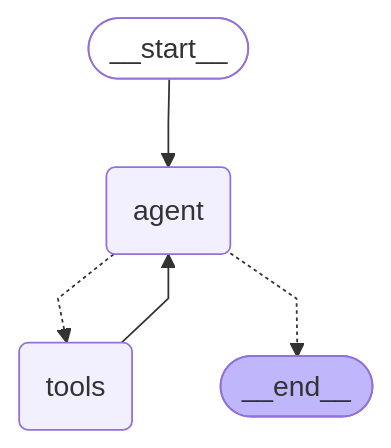
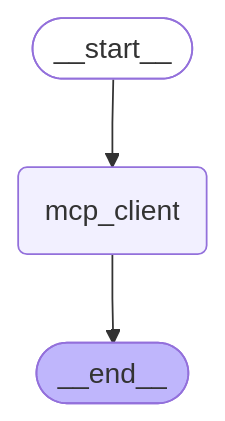
Before and after one commit to UiPath/uipath-langchain-python: the diagram in samples/simple-remote-mcp/agent.mermaid, drawn with Mermaid. The commit also changed 141 other files, not shown here.

```diff
--- a/samples/simple-remote-mcp/agent.mermaid
+++ b/samples/simple-remote-mcp/agent.mermaid
@@ -1,17 +1,14 @@
 ---
 config:
   flowchart:
     curve: linear
 ---
 graph TD;
 	__start__([<p>__start__</p>]):::first
-	agent(agent)
-	tools(tools)
+	mcp_client(mcp_client)
 	__end__([<p>__end__</p>]):::last
-	__start__ --> agent;
-	tools --> agent;
-	agent -.-> tools;
-	agent -.-> __end__;
+	__start__ --> mcp_client;
+	mcp_client --> __end__;
 	classDef default fill:#f2f0ff,line-height:1.2
 	classDef first fill-opacity:0
 	classDef last fill:#bfb6fc
```
